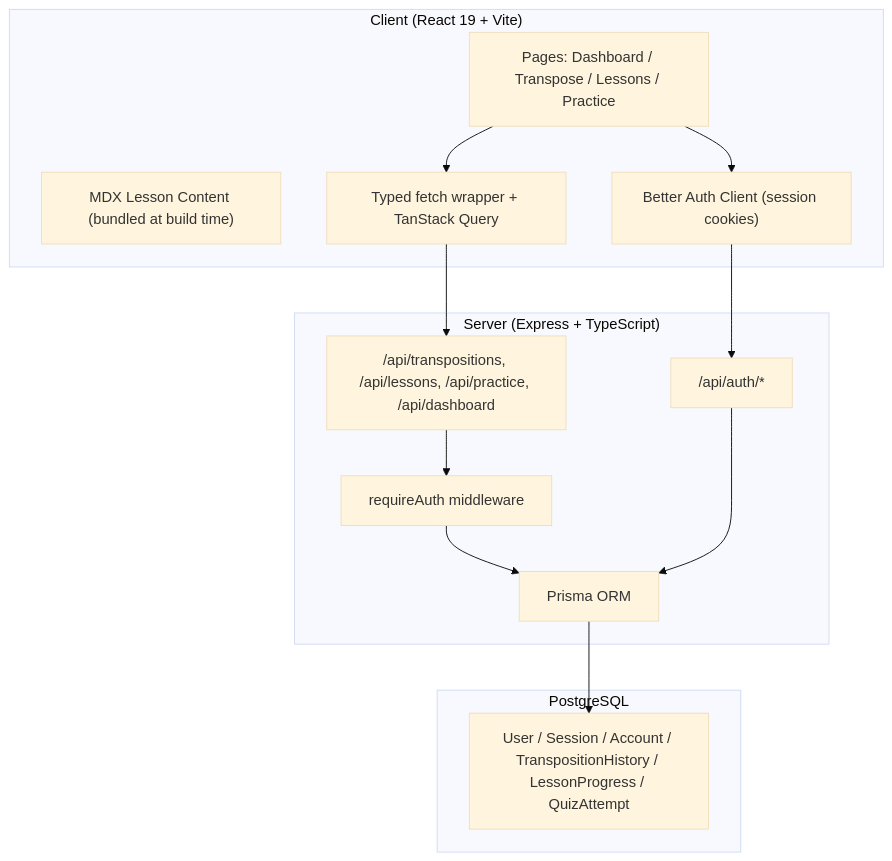
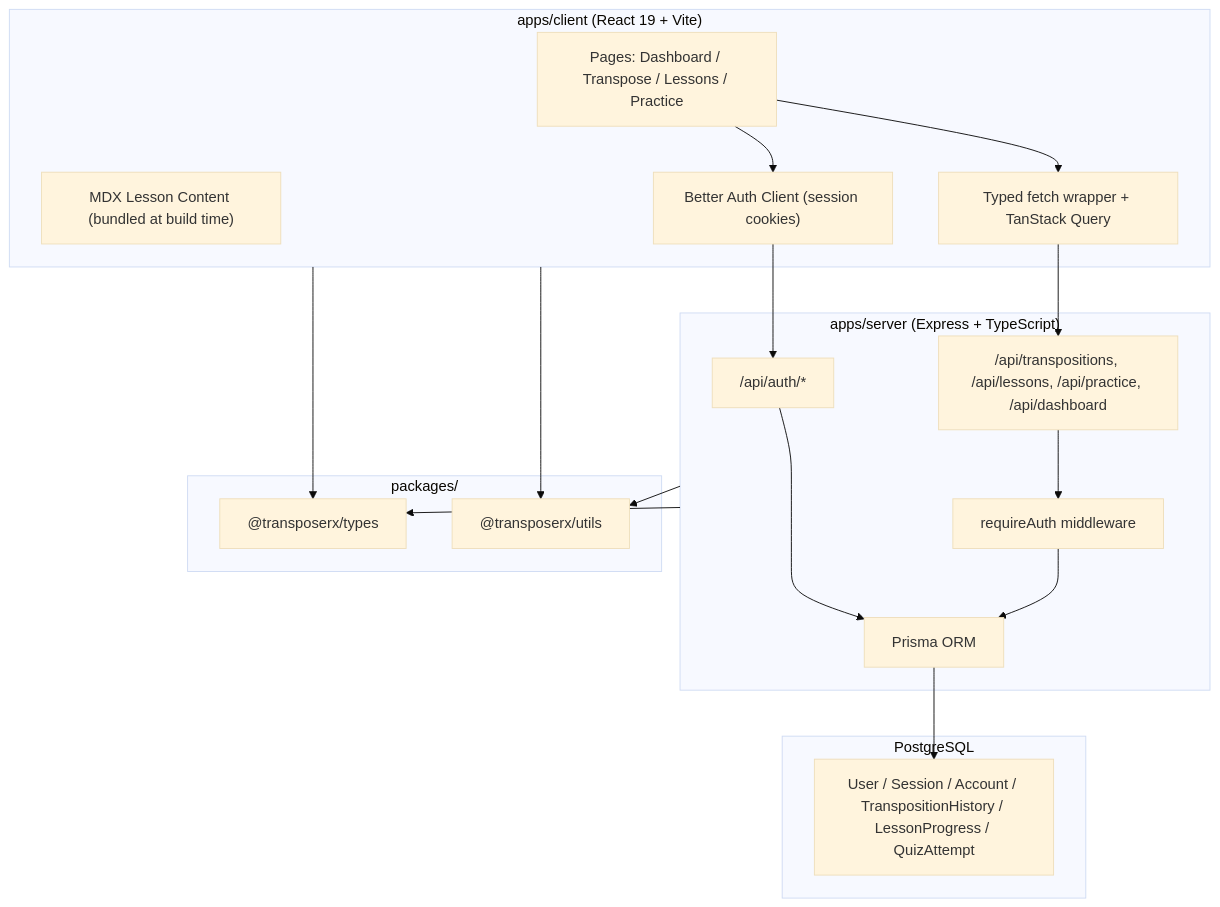
The diagram in README.md (rcm-webdev/transposerx), drawn with Mermaid (base theme) before and after one commit. The commit also changed other lines of this file and 5 other files, not shown here.

````diff
--- a/README.md
+++ b/README.md
@@ -22,27 +23,36 @@
 ```mermaid
 graph TD
-    subgraph Client["Client (React 19 + Vite)"]
+    subgraph Client["apps/client (React 19 + Vite)"]
         Pages["Pages: Dashboard / Transpose / Lessons / Practice"]
         MDX["MDX Lesson Content (bundled at build time)"]
         AuthClient["Better Auth Client (session cookies)"]
         APILayer["Typed fetch wrapper + TanStack Query"]
     end
 
-    subgraph Server["Server (Express + TypeScript)"]
+    subgraph Server["apps/server (Express + TypeScript)"]
         AuthRoute["/api/auth/*"]
         ProtectedRoutes["/api/transpositions, /api/lessons, /api/practice, /api/dashboard"]
         Middleware["requireAuth middleware"]
         PrismaORM["Prisma ORM"]
+    end
+
+    subgraph Packages["packages/"]
+        Types["@transposerx/types"]
+        Utils["@transposerx/utils"]
     end
 
     subgraph DB["PostgreSQL"]
         Tables["User / Session / Account / TranspositionHistory / LessonProgress / QuizAttempt"]
     end
 
     Pages --> AuthClient
     Pages --> APILayer
     AuthClient --> AuthRoute
     APILayer --> ProtectedRoutes
     ProtectedRoutes --> Middleware --> PrismaORM --> Tables
     AuthRoute --> PrismaORM
+    Client --> Types
+    Client --> Utils
+    Server --> Types
+    Server --> Utils
 ```
````
